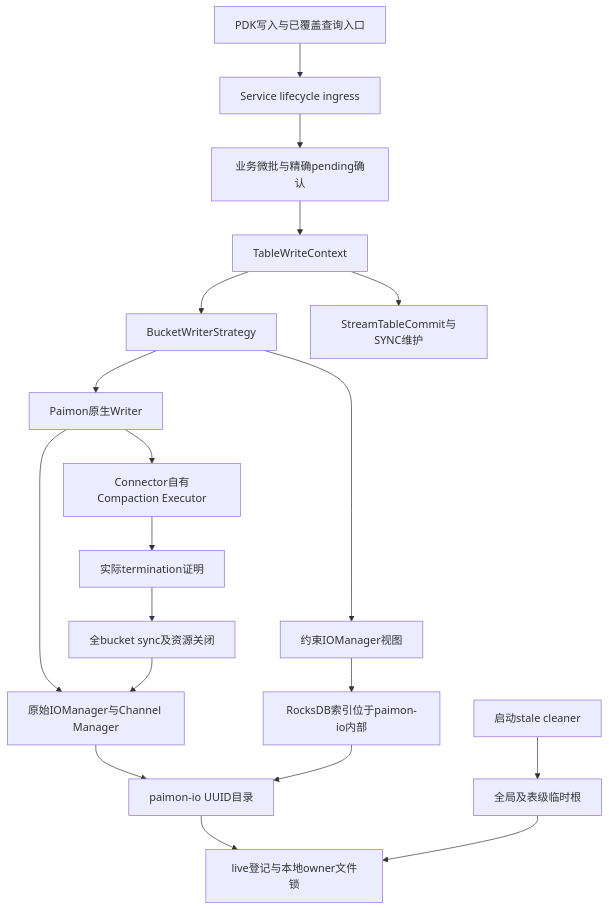
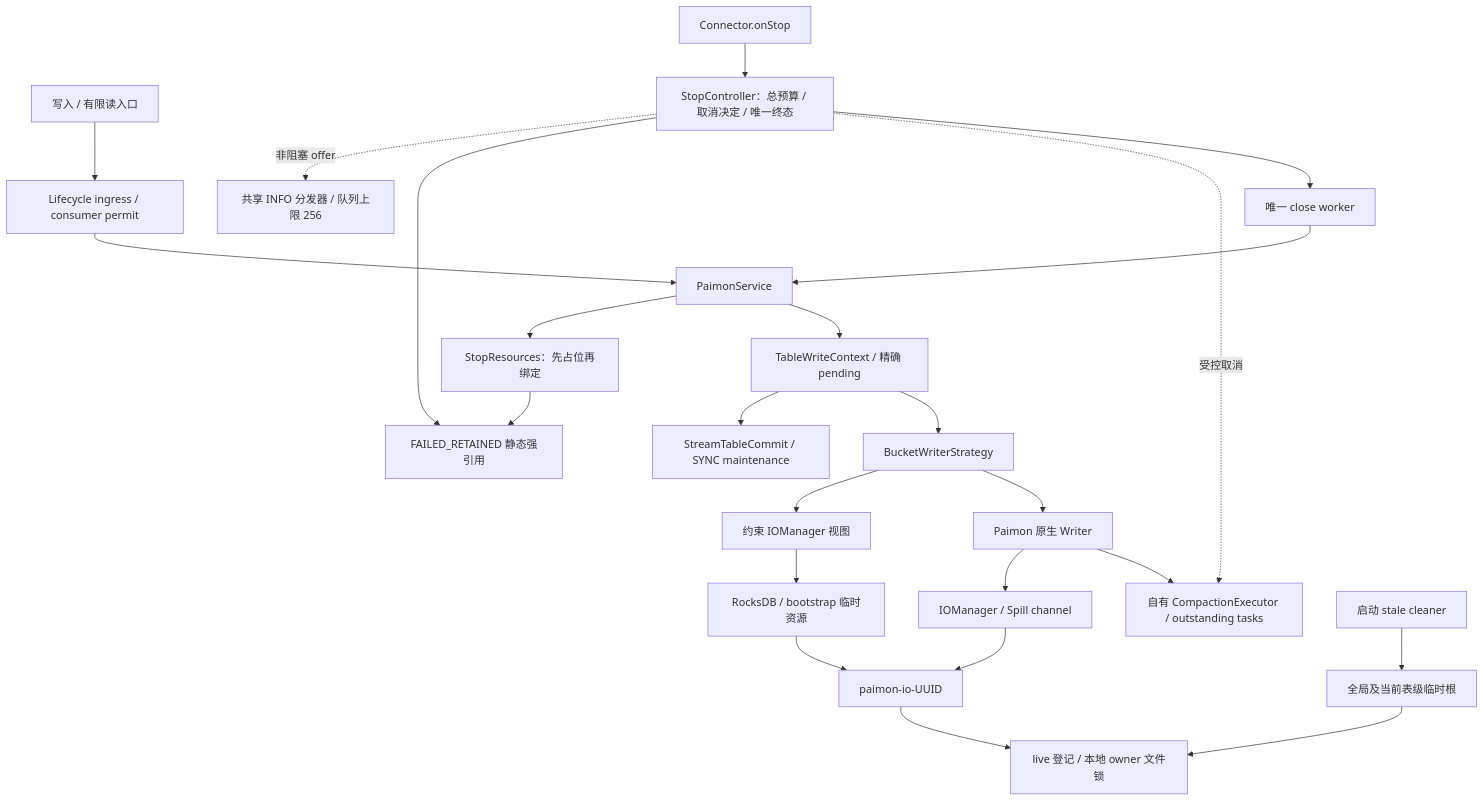
One commit to tapdata/tapdata-connectors changed the first of 2 diagrams in connectors/paimon-plus-connector/src/doc/reviews/SPILL-修复前后对比与生命周期总览.md. Above: the diagram before and after it, drawn with Mermaid. The commit also changed other lines of this file and 50 other files, not shown here.

First line of the commit message:
fix(paimon): 实现有界安全停止并完善 Spill 生命周期保护

````diff
--- a/connectors/paimon-plus-connector/src/doc/reviews/SPILL-修复前后对比与生命周期总览.md
+++ b/connectors/paimon-plus-connector/src/doc/reviews/SPILL-修复前后对比与生命周期总览.md
@@ -57,21 +33,26 @@
 ```mermaid
 flowchart TD
-    A[PDK写入与已覆盖查询入口] --> B[Service lifecycle ingress]
-    B --> C[业务微批与精确pending确认]
-    C --> D[TableWriteContext]
-    D --> E[BucketWriterStrategy]
-    E --> F[Paimon原生Writer]
-    F --> G[Connector自有Compaction Executor]
-    D --> H[StreamTableCommit与SYNC维护]
-    E --> V[约束IOManager视图]
-    V --> R[RocksDB索引位于paimon-io内部]
-    F --> I[原始IOManager与Channel Manager]
-    I --> J[paimon-io UUID目录]
-    R --> J
-    J --> K[live登记与本地owner文件锁]
-    G --> L[实际termination证明]
-    L --> M[全bucket sync及资源关闭]
-    M --> I
-    N[启动stale cleaner] --> O[全局及表级临时根]
-    O --> K
+    API[写入 / 有限读入口] --> L[Lifecycle ingress / consumer permit]
+    L --> S[PaimonService]
+    S --> C[TableWriteContext / 精确 pending]
+    C --> B[BucketWriterStrategy]
+    B --> W[Paimon 原生 Writer]
+    W --> E[自有 CompactionExecutor / outstanding tasks]
+    C --> M[StreamTableCommit / SYNC maintenance]
+    B --> V[约束 IOManager 视图]
+    V --> R[RocksDB / bootstrap 临时资源]
+    W --> I[IOManager / Spill channel]
+    R --> D[paimon-io-UUID]
+    I --> D
+    D --> O[live 登记 / 本地 owner 文件锁]
+    STOP[Connector.onStop] --> CTRL[StopController：总预算 / 取消决定 / 唯一终态]
+    CTRL --> WORKER[唯一 close worker]
+    WORKER --> S
+    CTRL -.受控取消.-> E
+    CTRL --> KEEP[FAILED_RETAINED 静态强引用]
+    S --> LEDGER[StopResources：先占位再绑定]
+    LEDGER --> KEEP
+    CTRL -.非阻塞 offer.-> LOG[共享 INFO 分发器 / 队列上限 256]
+    CLEANER[启动 stale cleaner] --> ROOT[全局及当前表级临时根]
+    ROOT --> O
 ```
````
